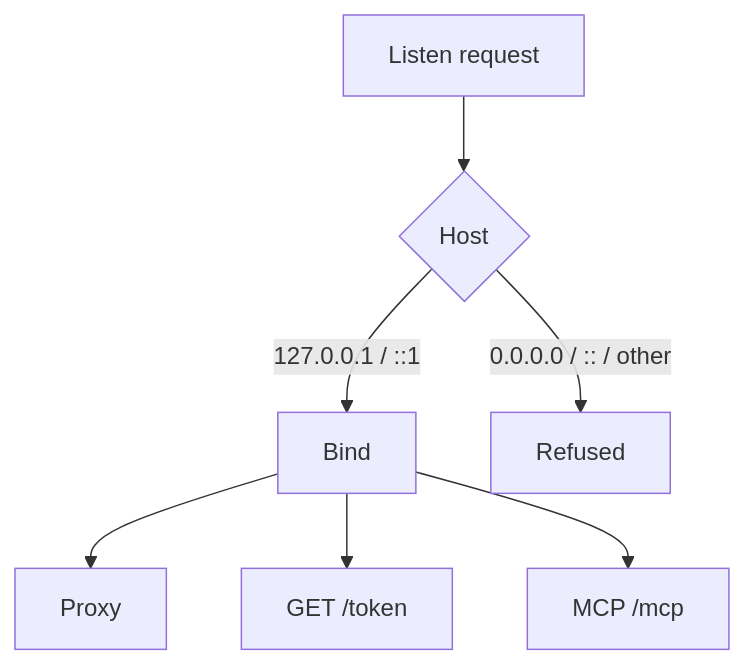
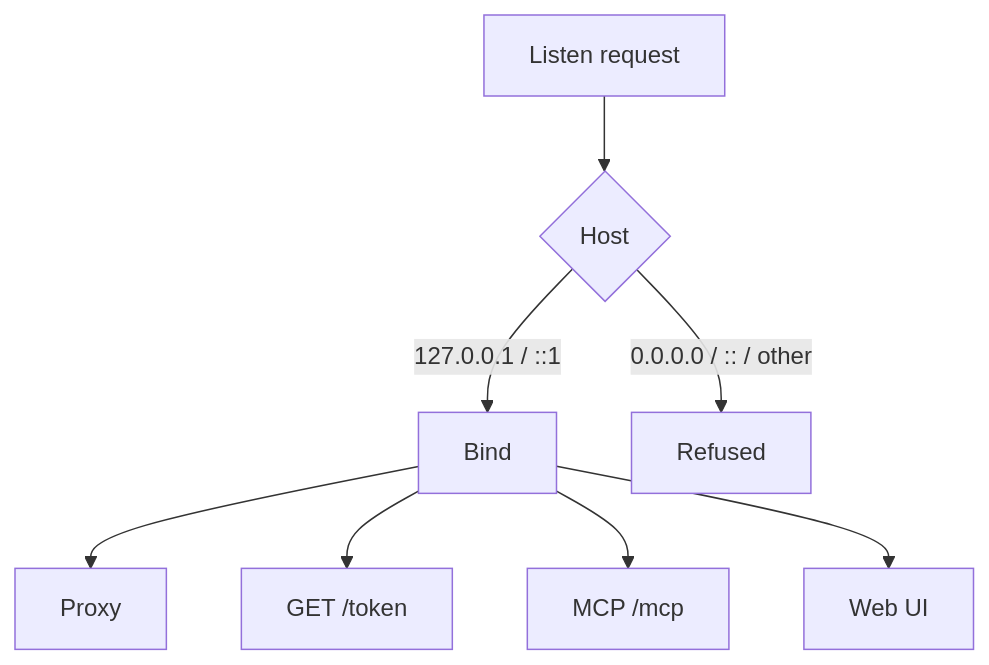
Before and after one commit to amr-m-abdelgawad/devctl: the first of 3 diagrams in docs/security.md, drawn with Mermaid. The commit also changed other lines of this file and 10 other files, not shown here.

````diff
--- a/docs/security.md
+++ b/docs/security.md
@@ -42,9 +42,10 @@
 ```mermaid
 flowchart TB
   ask["Listen request"] --> host{"Host"}
   host -->|127.0.0.1 / ::1| ok["Bind"]
   host -->|0.0.0.0 / :: / other| refuse["Refused"]
   ok --> proxy["Proxy"]
   ok --> token["GET /token"]
   ok --> mcp["MCP /mcp"]
+  ok --> web["Web UI"]
 ```
````
